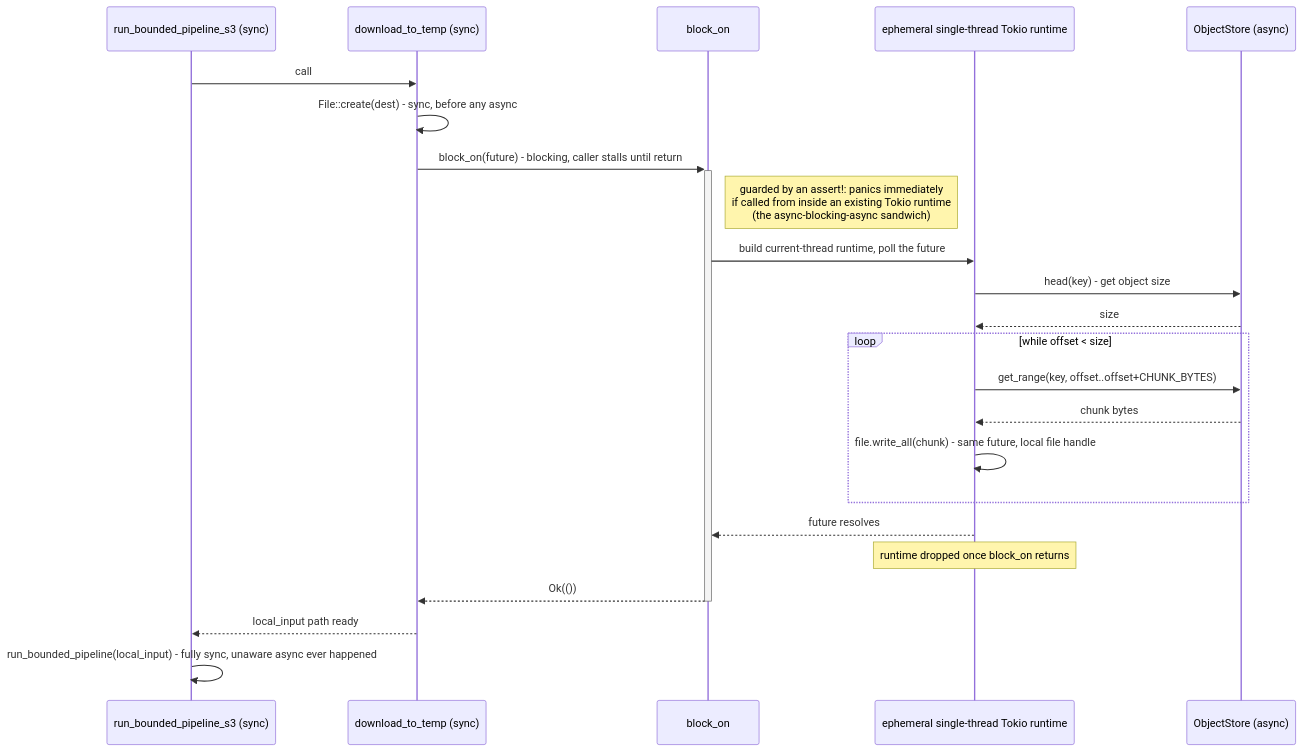
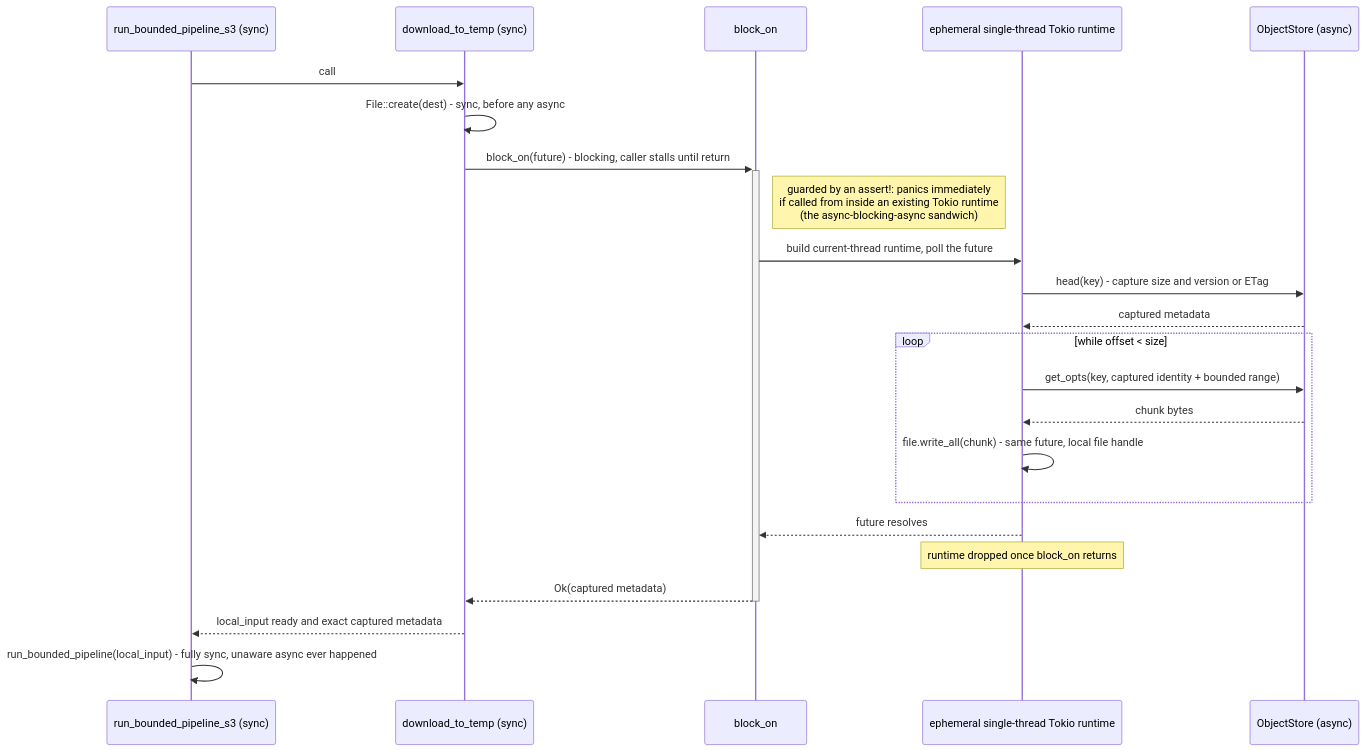
The diagram in book/src/object-store.md (com-vitthalmirji/datacrate), drawn with Mermaid before and after one commit. The commit also changed other lines of this file and 4 other files, not shown here.

Commit message:
Bind remote reads to captured object identity

````diff
--- a/book/src/object-store.md
+++ b/book/src/object-store.md
@@ -59,25 +59,25 @@
 ```mermaid
 sequenceDiagram
     participant P as run_bounded_pipeline_s3 (sync)
     participant D as download_to_temp (sync)
     participant B as block_on
     participant T as ephemeral single-thread Tokio runtime
     participant S as ObjectStore (async)
     P->>D: call
     D->>D: File::create(dest) - sync, before any async
     D->>+B: block_on(future) - blocking, caller stalls until return
     Note right of B: guarded by an assert!: panics immediately<br/>if called from inside an existing Tokio runtime<br/>(the async-blocking-async sandwich)
     B->>T: build current-thread runtime, poll the future
-    T->>S: head(key) - get object size
-    S-->>T: size
+    T->>S: head(key) - capture size and version or ETag
+    S-->>T: captured metadata
     loop while offset < size
-        T->>S: get_range(key, offset..offset+CHUNK_BYTES)
+        T->>S: get_opts(key, captured identity + bounded range)
         S-->>T: chunk bytes
         T->>T: file.write_all(chunk) - same future, local file handle
     end
     T-->>B: future resolves
     Note over T: runtime dropped once block_on returns
-    B-->>-D: Ok(())
-    D-->>P: local_input path ready
+    B-->>-D: Ok(captured metadata)
+    D-->>P: local_input ready and exact captured metadata
     P->>P: run_bounded_pipeline(local_input) - fully sync, unaware async ever happened
 ```
````
